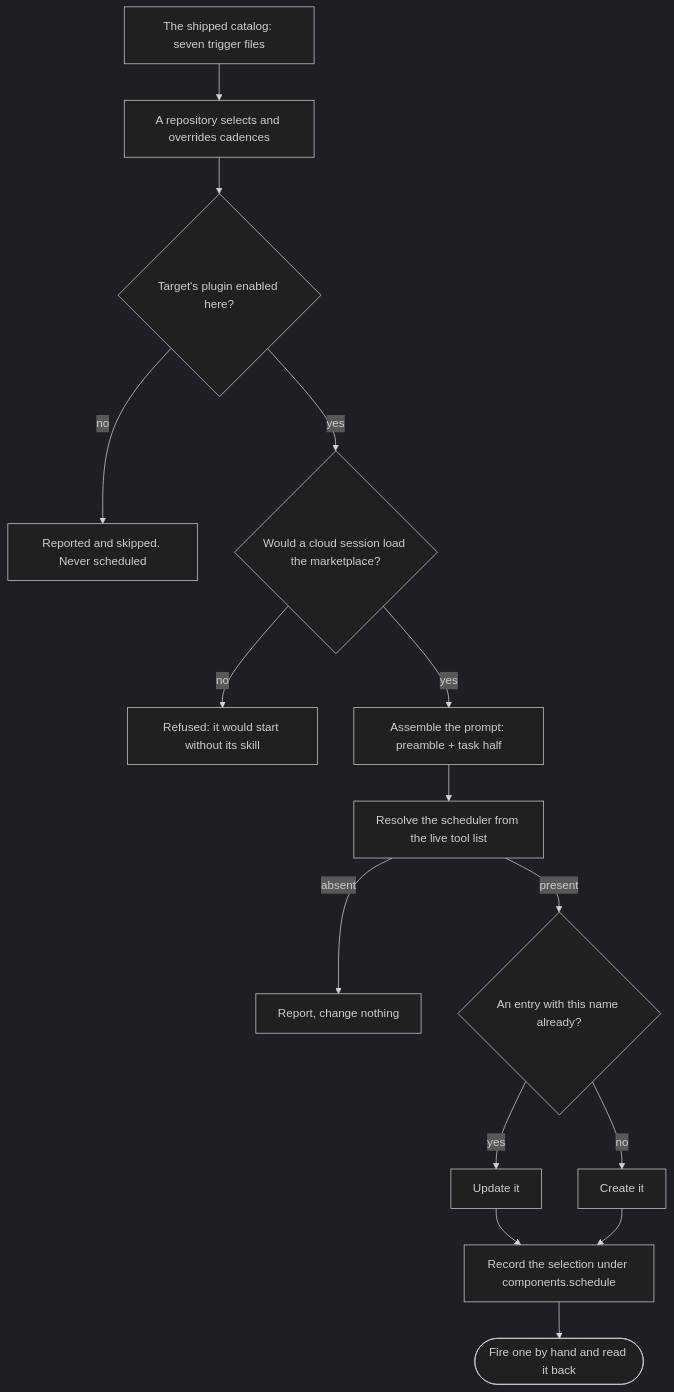
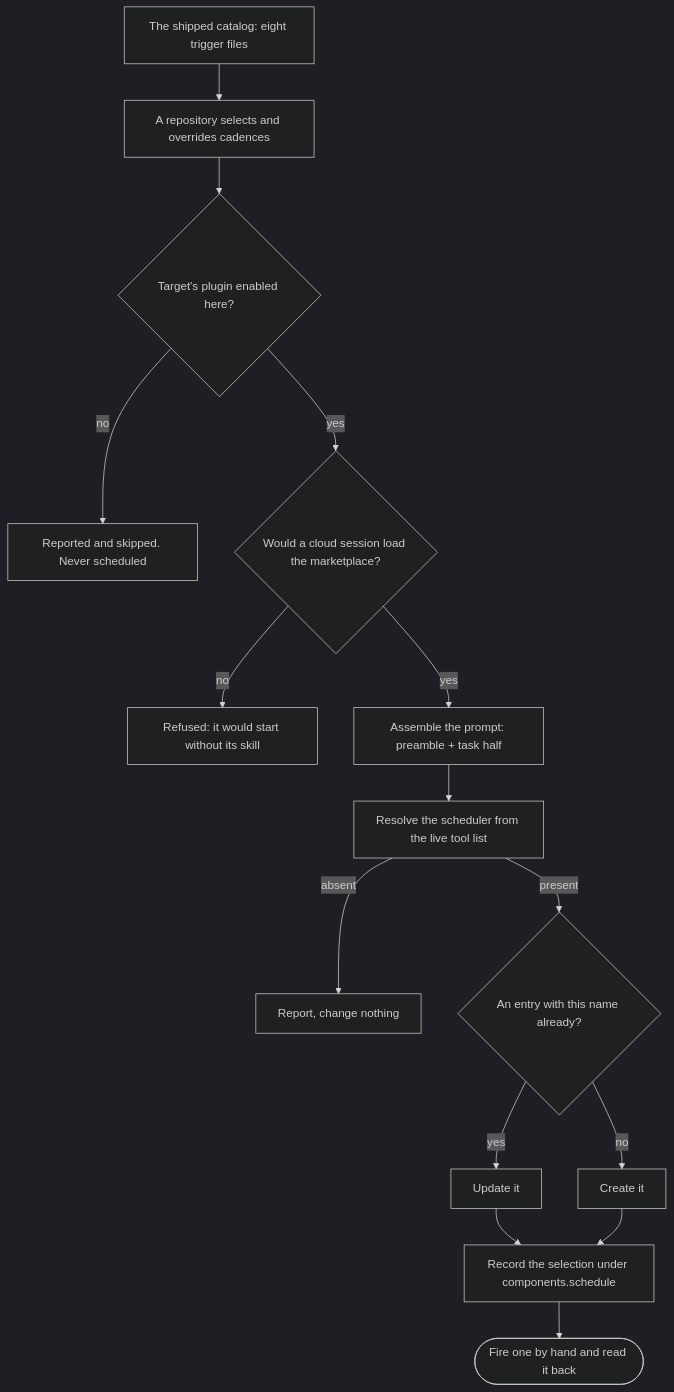
The first of 2 diagrams in .devbook/domain/delivery-schedule/flow.md (JSdotNet/devbook), drawn with Mermaid (dark theme) before and after one commit. The commit also changed 13 other files, not shown here.

````diff
--- a/.devbook/domain/delivery-schedule/flow.md
+++ b/.devbook/domain/delivery-schedule/flow.md
@@ -15,17 +15,17 @@
 ```mermaid
 flowchart TD
-    catalog["The shipped catalog: seven trigger files"] --> select["A repository selects and overrides cadences"]
+    catalog["The shipped catalog: eight trigger files"] --> select["A repository selects and overrides cadences"]
     select --> enabled{"Target's plugin enabled here?"}
     enabled -->|no| skipped["Reported and skipped. Never scheduled"]
     enabled -->|yes| settings{"Would a cloud session load the marketplace?"}
     settings -->|no| refused["Refused: it would start without its skill"]
     settings -->|yes| assemble["Assemble the prompt: preamble + task half"]
     assemble --> resolve["Resolve the scheduler from the live tool list"]
     resolve -->|absent| noop["Report, change nothing"]
     resolve -->|present| match{"An entry with this name already?"}
     match -->|yes| update["Update it"]
     match -->|no| create["Create it"]
     update --> stamp["Record the selection under components.schedule"]
     create --> stamp
     stamp --> prove(["Fire one by hand and read it back"])
 ```
````
